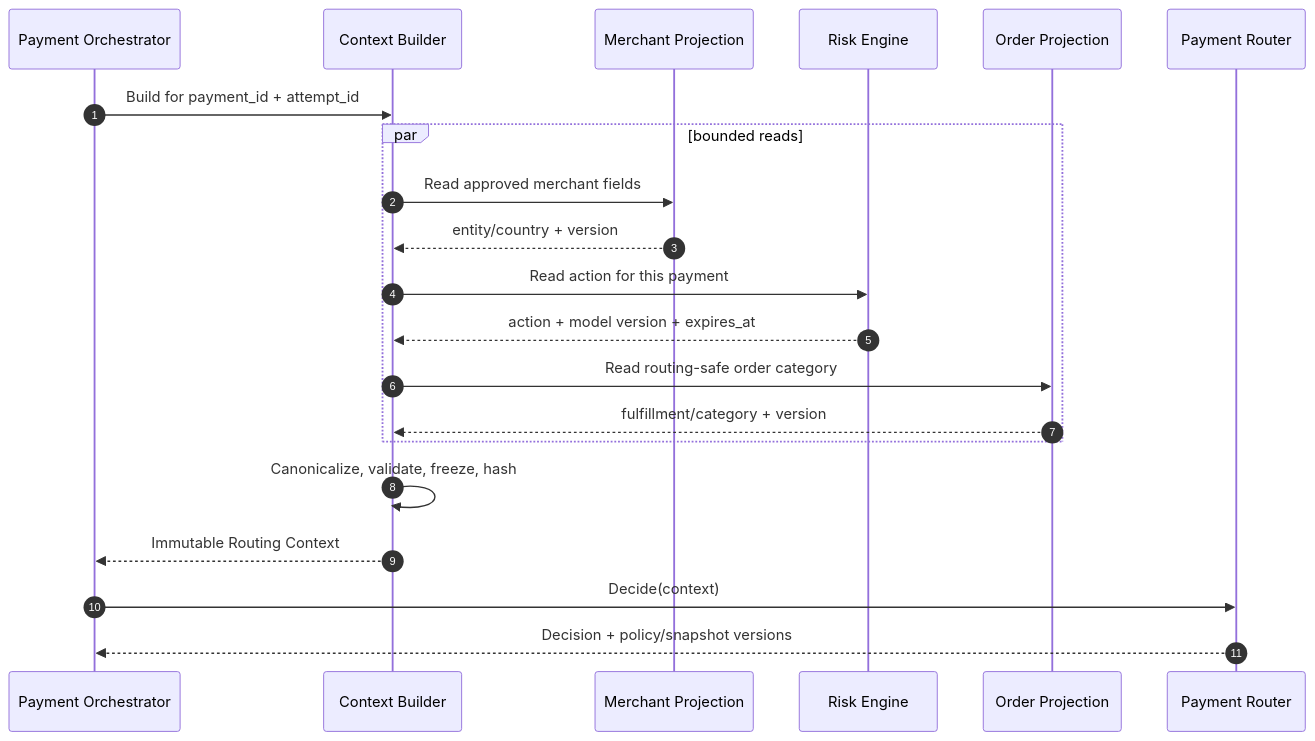
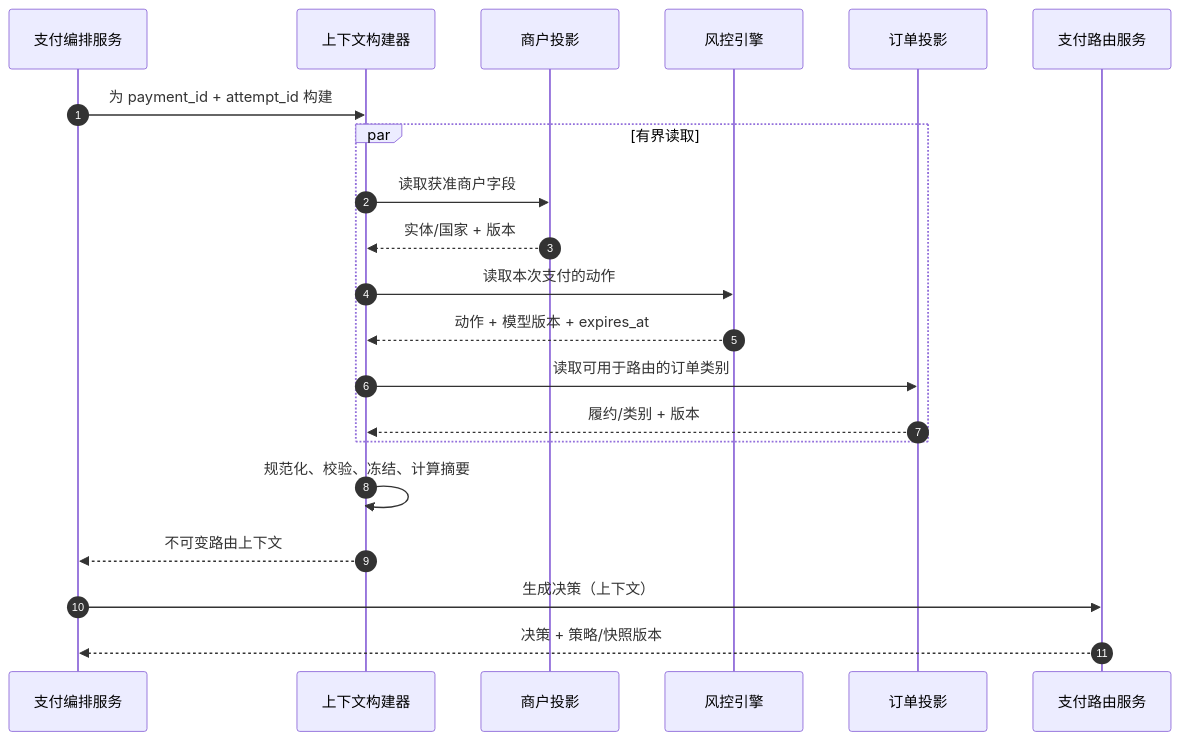
Before and after one commit to YouEclipse/Designing-Modern-Payment-Systems: the third of 4 diagrams in part-2-routing-engine/routing-context.md, drawn with Mermaid. The commit also changed other lines of this file and 59 other files, not shown here.

````diff
--- a/part-2-routing-engine/routing-context.md
+++ b/part-2-routing-engine/routing-context.md
@@ -175,24 +175,24 @@
 ```mermaid
 sequenceDiagram
     autonumber
-    participant O as Payment Orchestrator
-    participant B as Context Builder
-    participant M as Merchant Projection
-    participant R as Risk Engine
-    participant X as Order Projection
-    participant P as Payment Router
+    participant O as 支付编排服务
+    participant B as 上下文构建器
+    participant M as 商户投影
+    participant R as 风控引擎
+    participant X as 订单投影
+    participant P as 支付路由服务
 
-    O->>B: Build for payment_id + attempt_id
-    par bounded reads
-        B->>M: Read approved merchant fields
-        M-->>B: entity/country + version
-        B->>R: Read action for this payment
-        R-->>B: action + model version + expires_at
-        B->>X: Read routing-safe order category
-        X-->>B: fulfillment/category + version
+    O->>B: 为 payment_id + attempt_id 构建
+    par 有界读取
+        B->>M: 读取获准商户字段
+        M-->>B: 实体/国家 + 版本
+        B->>R: 读取本次支付的动作
+        R-->>B: 动作 + 模型版本 + expires_at
+        B->>X: 读取可用于路由的订单类别
+        X-->>B: 履约/类别 + 版本
     end
-    B->>B: Canonicalize, validate, freeze, hash
-    B-->>O: Immutable Routing Context
-    O->>P: Decide(context)
-    P-->>O: Decision + policy/snapshot versions
+    B->>B: 规范化、校验、冻结、计算摘要
+    B-->>O: 不可变路由上下文
+    O->>P: 生成决策（上下文）
+    P-->>O: 决策 + 策略/快照版本
 ```
````
